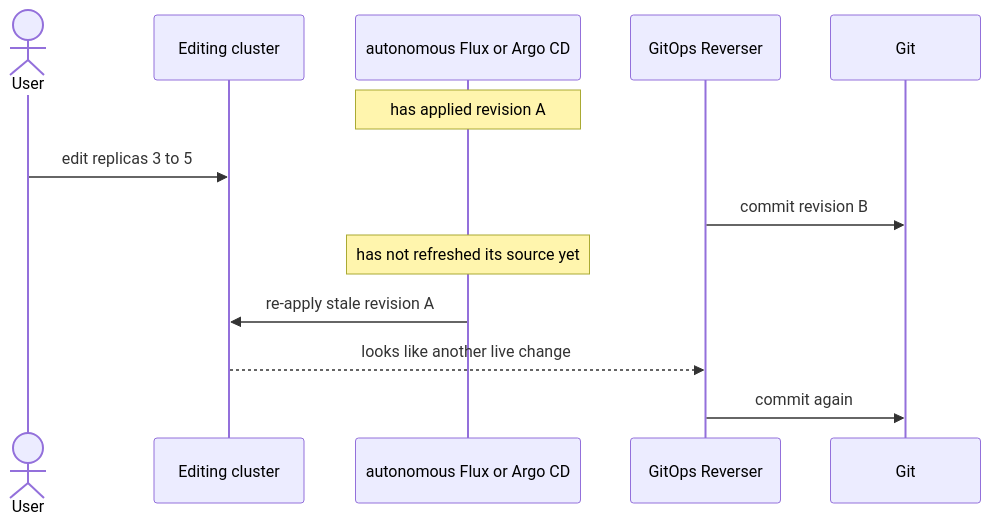
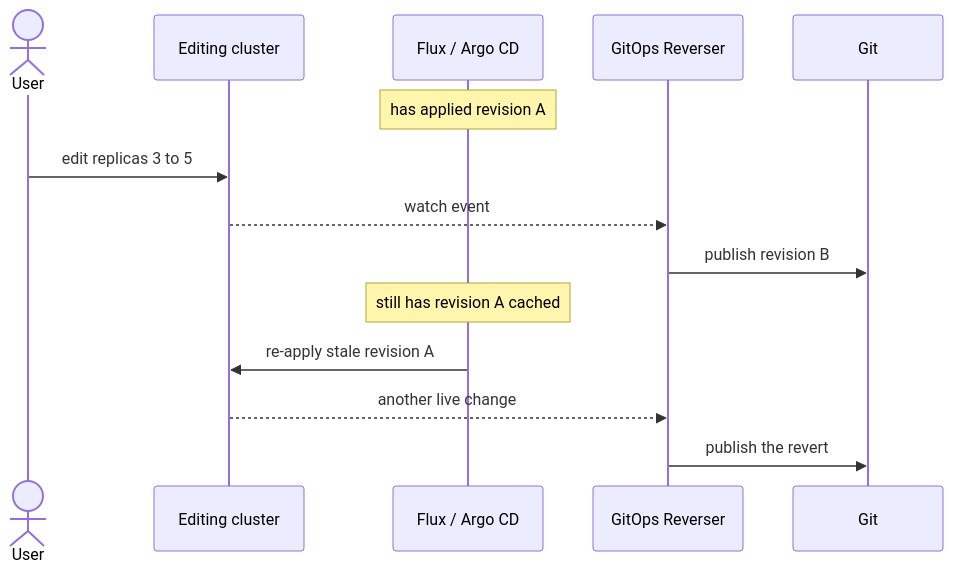
One commit to ConfigButler/gitops-reverser changed the first of 2 diagrams in docs/bi-directional.md. Above: the diagram before and after it, drawn with Mermaid. The commit also changed other lines of this file and 1 other file, not shown here.

````diff
--- a/docs/bi-directional.md
+++ b/docs/bi-directional.md
@@ -43,16 +39,17 @@
 ```mermaid
 sequenceDiagram
     actor User
     participant K8s as Editing cluster
-    participant Recon as autonomous Flux or Argo CD
+    participant Recon as Flux / Argo CD
     participant Rev as GitOps Reverser
     participant Git
 
     Note over Recon: has applied revision A
     User->>K8s: edit replicas 3 to 5
-    Rev->>Git: commit revision B
-    Note over Recon: has not refreshed its source yet
+    K8s-->>Rev: watch event
+    Rev->>Git: publish revision B
+    Note over Recon: still has revision A cached
     Recon->>K8s: re-apply stale revision A
-    K8s-->>Rev: looks like another live change
-    Rev->>Git: commit again
+    K8s-->>Rev: another live change
+    Rev->>Git: publish the revert
 ```
````
